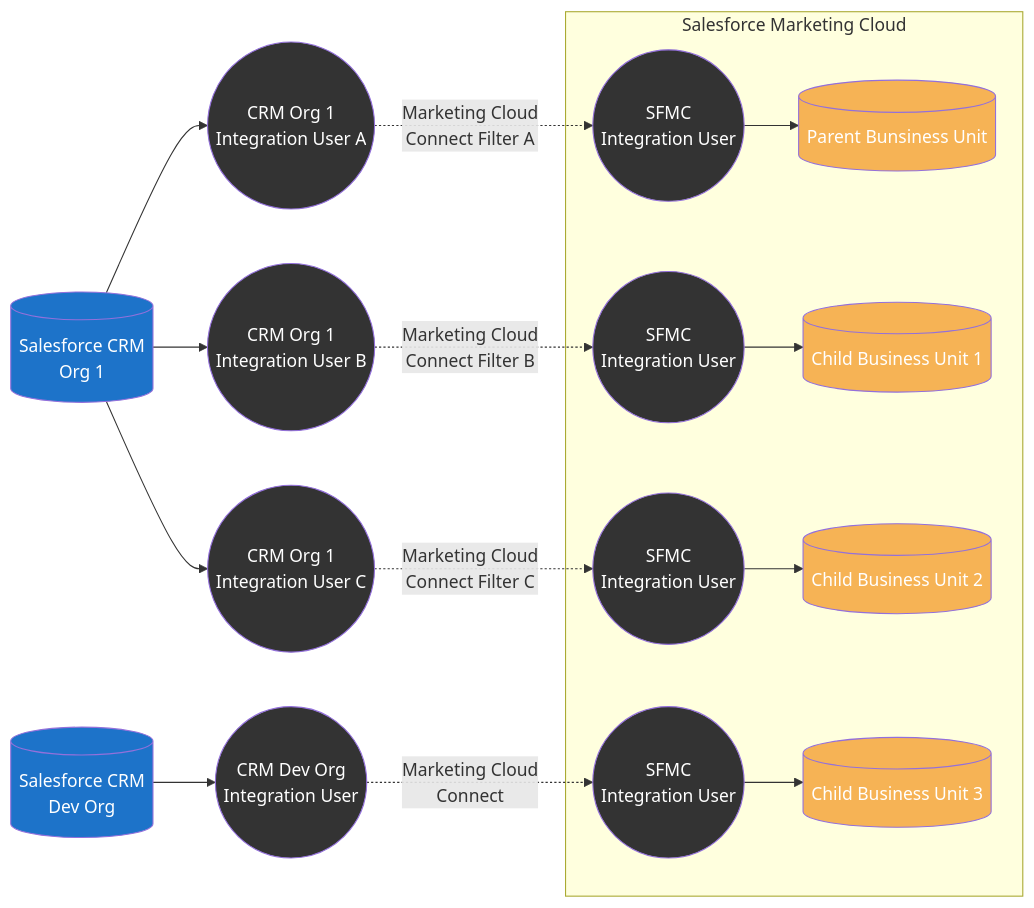
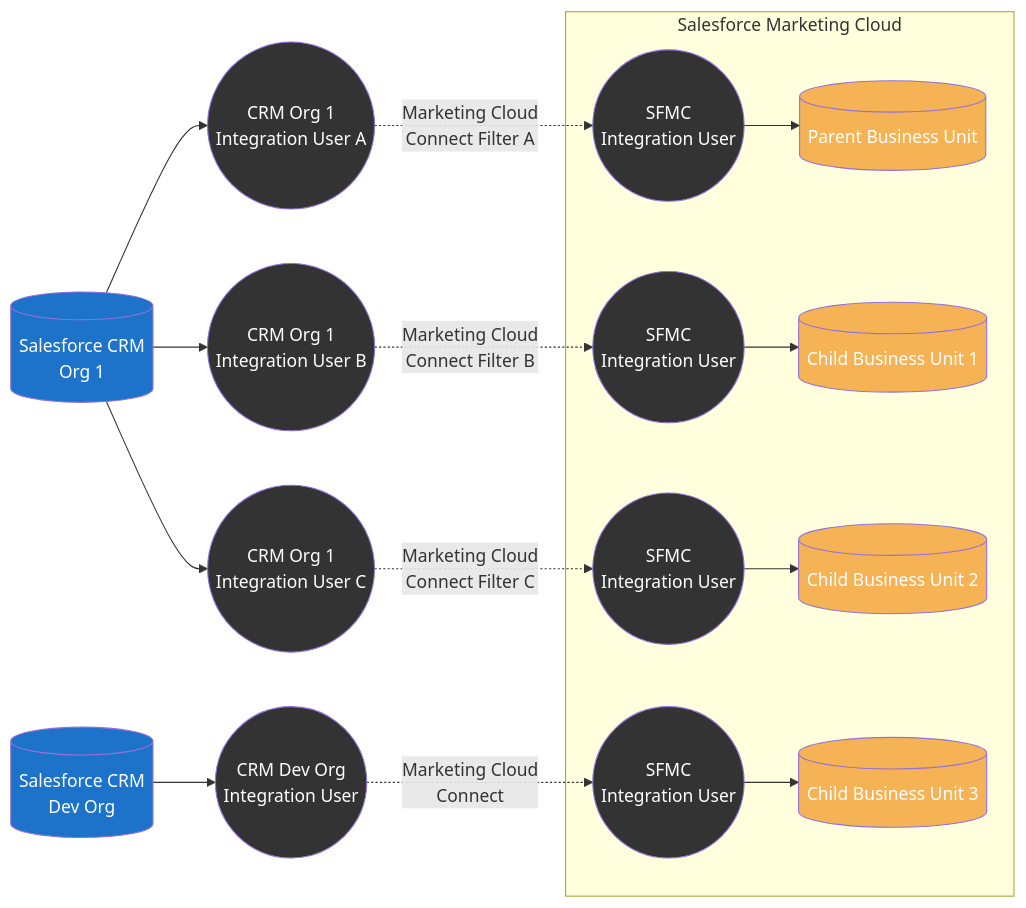
One commit to MateuszDabrowski/mateuszdabrowski.pl changed the seventh of 7 diagrams in docs/config/sfmc-mcc-integration-patterns.mdx. Above: the diagram before and after it, drawn with Mermaid. The commit also changed other lines of this file and 1 other file, not shown here.

````diff
--- a/docs/config/sfmc-mcc-integration-patterns.mdx
+++ b/docs/config/sfmc-mcc-integration-patterns.mdx
@@ -331,36 +337,36 @@
 ```mermaid
 graph LR
  crm1[(Salesforce CRM\nOrg 1)]:::sfdc
  crm2[(Salesforce CRM\nDev Org)]:::sfdc
  crm1IU((CRM Org 1\nIntegration User A)):::mcc
  crm2IU((CRM Org 1\nIntegration User B)):::mcc
  crm3IU((CRM Org 1\nIntegration User C)):::mcc
  crm4IU((CRM Dev Org\nIntegration User)):::mcc
  sfmc1IU((SFMC\nIntegration User)):::mcc
  sfmc2IU((SFMC\nIntegration User)):::mcc
  sfmc3IU((SFMC\nIntegration User)):::mcc
  sfmc4IU((SFMC\nIntegration User)):::mcc
- sfmc1[(Parent Bunsiness Unit)]:::sfmc
+ sfmc1[(Parent Business Unit)]:::sfmc
  sfmcBU1[(Child Business Unit 1)]:::sfmc
  sfmcBU2[(Child Business Unit 2)]:::sfmc
  sfmcBU3[(Child Business Unit 3)]:::sfmc
 
  crm1 --> crm1IU
  crm1IU -. Marketing Cloud\nConnect Filter A .-> sfmc1IU
  crm1 --> crm2IU
  crm2IU -. Marketing Cloud\nConnect Filter B .-> sfmc2IU
  crm1 --> crm3IU
  crm3IU -. Marketing Cloud\nConnect Filter C .-> sfmc3IU
  crm2 --> crm4IU
  crm4IU -. Marketing Cloud\nConnect .-> sfmc4IU
  subgraph sfmc [Salesforce Marketing Cloud]
-    sfmc1IU --> sfmc1
-    sfmc2IU --> sfmcBU1
-    sfmc3IU --> sfmcBU2
-    sfmc4IU --> sfmcBU3
+ sfmc1IU --> sfmc1
+ sfmc2IU --> sfmcBU1
+ sfmc3IU --> sfmcBU2
+ sfmc4IU --> sfmcBU3
  end
 
  classDef sfdc fill:#1d73c9,color:#ffffff
  classDef sfmc fill:#f6b355,color:#ffffff
  classDef mcc fill:#333333,color:#ffffff
 ```
````
